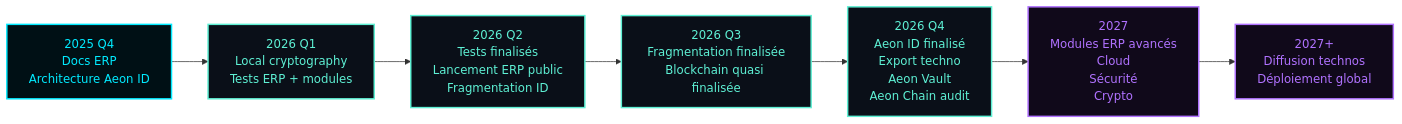
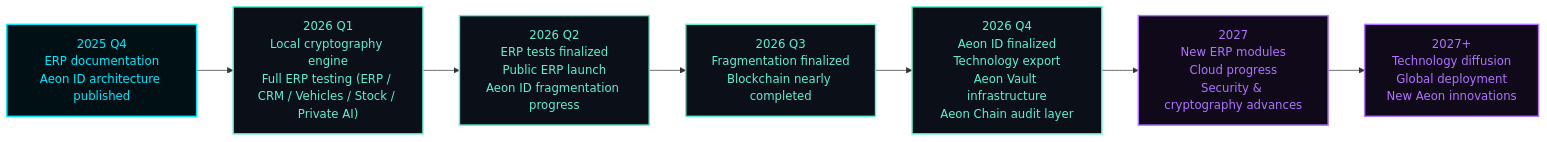
Before and after one commit to Aeon-HQ/.github: the diagram in README.md, drawn with Mermaid.

Commit message:
Update roadmap details in README.md

````diff
--- a/README.md
+++ b/README.md
@@ -1,16 +1,25 @@
 ```mermaid
 flowchart LR
+    %% COLORS
     classDef aeon2025 fill:#001015,stroke:#00eaff,stroke-width:2px,color:#00eaff;
     classDef aeon2026 fill:#0a0f18,stroke:#5ef0d4,stroke-width:2px,color:#5ef0d4;
     classDef aeon2027 fill:#10091a,stroke:#b072ff,stroke-width:2px,color:#b072ff;
 
-    A2025["2025 Q4<br>Docs ERP<br>Architecture Aeon ID"]:::aeon2025
-    A2026Q1["2026 Q1<br>Local cryptography<br>Tests ERP + modules"]:::aeon2026
-    A2026Q2["2026 Q2<br>Tests finalisés<br>Lancement ERP public<br>Fragmentation ID"]:::aeon2026
-    A2026Q3["2026 Q3<br>Fragmentation finalisée<br>Blockchain quasi finalisée"]:::aeon2026
-    A2026Q4["2026 Q4<br>Aeon ID finalisé<br>Export techno<br>Aeon Vault<br>Aeon Chain audit"]:::aeon2026
-    A2027["2027<br>Modules ERP avancés<br>Cloud<br>Sécurité<br>Crypto"]:::aeon2027
-    A2027PLUS["2027+<br>Diffusion technos<br>Déploiement global"]:::aeon2027
+    %% NODES
+    A2025["2025 Q4<br>ERP documentation<br>Aeon ID architecture published"]:::aeon2025
 
+    A2026Q1["2026 Q1<br>Local cryptography engine<br>Full ERP testing (ERP / CRM / Vehicles / Stock / Private AI)"]:::aeon2026
+
+    A2026Q2["2026 Q2<br>ERP tests finalized<br>Public ERP launch<br>Aeon ID fragmentation progress"]:::aeon2026
+
+    A2026Q3["2026 Q3<br>Fragmentation finalized<br>Blockchain nearly completed"]:::aeon2026
+
+    A2026Q4["2026 Q4<br>Aeon ID finalized<br>Technology export<br>Aeon Vault infrastructure<br>Aeon Chain audit layer"]:::aeon2026
+
+    A2027["2027<br>New ERP modules<br>Cloud progress<br>Security & cryptography advances"]:::aeon2027
+
+    A2027PLUS["2027+<br>Technology diffusion<br>Global deployment<br>New Aeon innovations"]:::aeon2027
+
+    %% FLOW
     A2025 --> A2026Q1 --> A2026Q2 --> A2026Q3 --> A2026Q4 --> A2027 --> A2027PLUS
 ```
````
